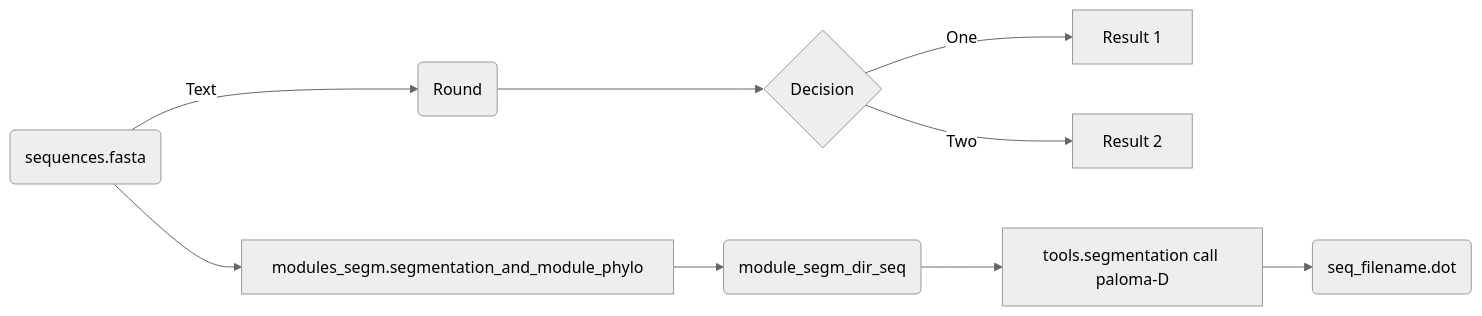
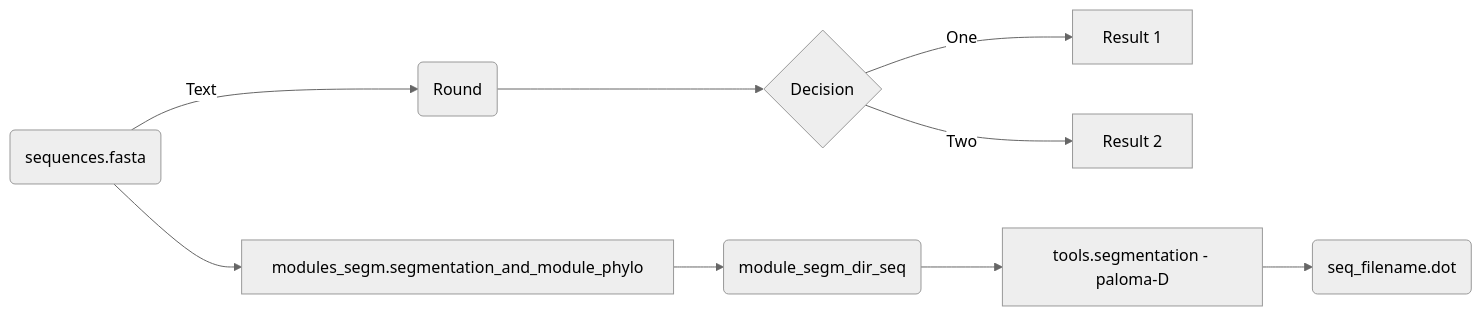
The diagram in README.md (OcMalde/fuse-phylotree), drawn with Mermaid (neutral theme) before and after one commit.

Commit message:
readme mermaid test

````diff
--- a/README.md
+++ b/README.md
@@ -19,16 +19,16 @@
 ```mermaid
 flowchart LR
 
 A[Hard] -->|Text| B(Round)
 B --> C{Decision}
 C -->|One| D[Result 1]
 C -->|Two| E[Result 2]
 
 
 
 A(sequences.fasta) --> m1[modules_segm.segmentation_and_module_phylo]
 m1 --> m2(module_segm_dir_seq)
-m2 --> m3[tools.segmentation call paloma-D]
+m2 --> m3[tools.segmentation - paloma-D]
 m3 --> m4(seq_filename.dot)
 
 ```
````
